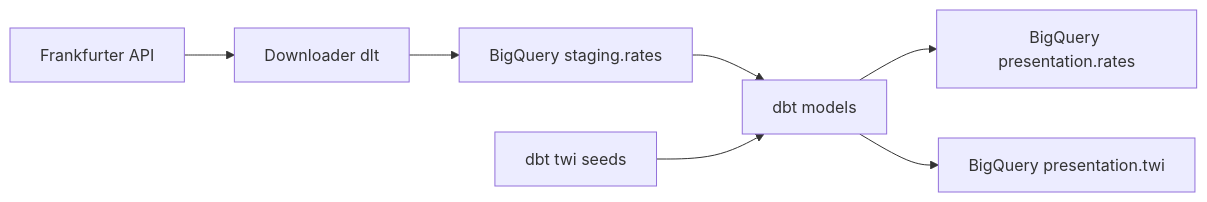
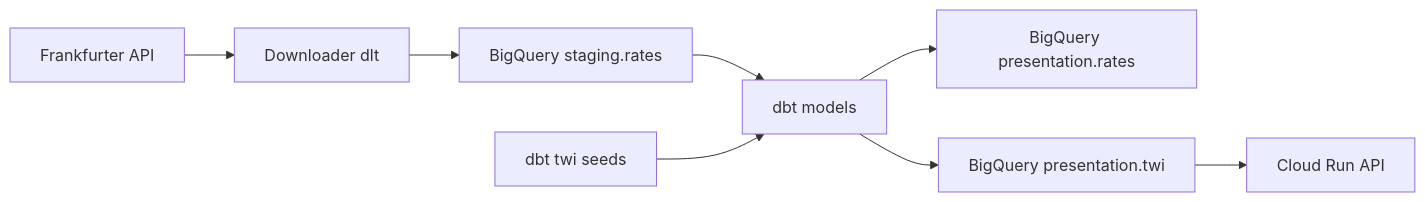
Before and after one commit to rboyes/forex: the diagram in README.md, drawn with Mermaid.

Commit message:
update diagram in README

````diff
--- a/README.md
+++ b/README.md
@@ -8,9 +8,10 @@
 ```mermaid
 flowchart LR
   A[Frankfurter API] --> B[Downloader dlt]
   B --> C[BigQuery staging.rates]
   C --> D[dbt models]
   S[dbt twi seeds] --> D
   D --> E[BigQuery presentation.rates]
   D --> F[BigQuery presentation.twi]
+  F --> G[Cloud Run API]
 ```
````
